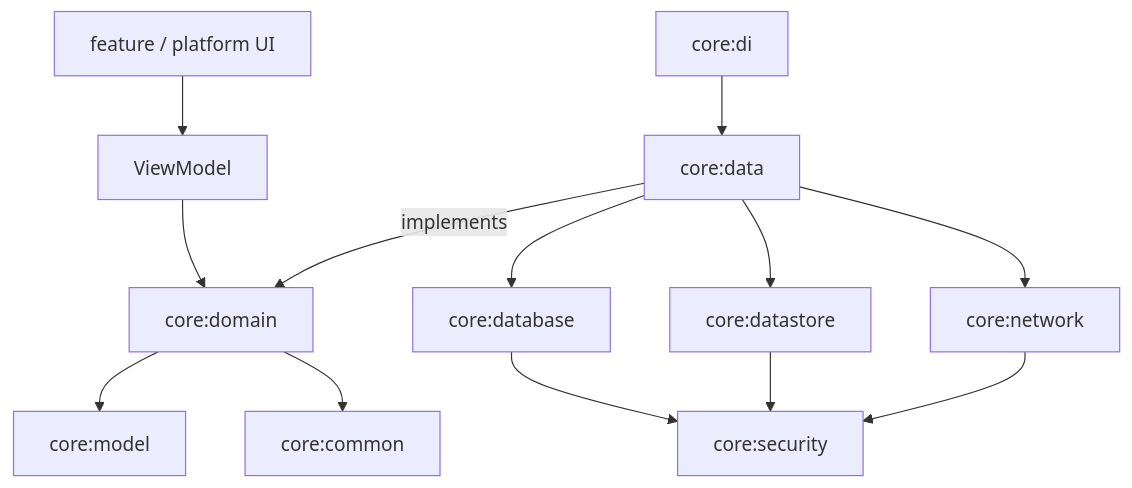
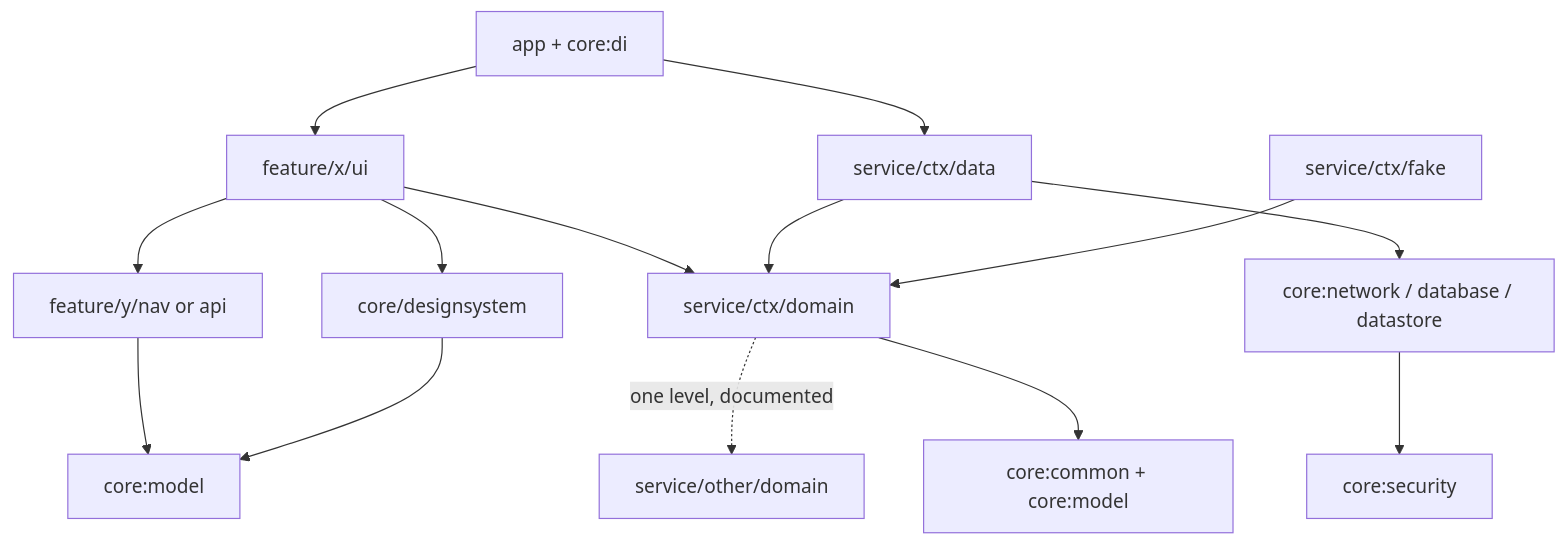
The diagram in docs/architecture.md (huuphuoc1396/kmp-tmdb-app), drawn with Mermaid before and after one commit. The commit also changed other lines of this file and 4 other files, not shown here.

Commit message:
Document service and feature module architecture

````diff
--- a/docs/architecture.md
+++ b/docs/architecture.md
@@ -126,15 +147,16 @@
 ```mermaid
 graph TD
-  UI[feature / platform UI] --> VM[ViewModel]
-  VM --> DOMAIN[core:domain]
-  DOMAIN --> MODEL[core:model]
-  DOMAIN --> COMMON[core:common]
-  DATA[core:data] -->|implements| DOMAIN
-  DATA --> NETWORK[core:network]
-  DATA --> DATABASE[core:database]
-  DATA --> DATASTORE[core:datastore]
-  DATABASE --> SECURITY[core:security]
-  DATASTORE --> SECURITY
-  NETWORK --> SECURITY
-  DI[core:di] --> DATA
+  ROOT[app + core:di] --> UI[feature/x/ui]
+  ROOT --> DATA[service/ctx/data]
+  UI --> NAV[feature/y/nav or api]
+  UI --> DOMAIN[service/ctx/domain]
+  UI --> DS[core/designsystem]
+  DOMAIN -.->|one level, documented| DOMAIN2[service/other/domain]
+  DATA --> DOMAIN
+  FAKE[service/ctx/fake] --> DOMAIN
+  DOMAIN --> KERNEL[core:common + core:model]
+  DATA --> INFRA[core:network / database / datastore]
+  INFRA --> SECURITY[core:security]
+  NAV --> MODEL[core:model]
+  DS --> MODEL
 ```
````
